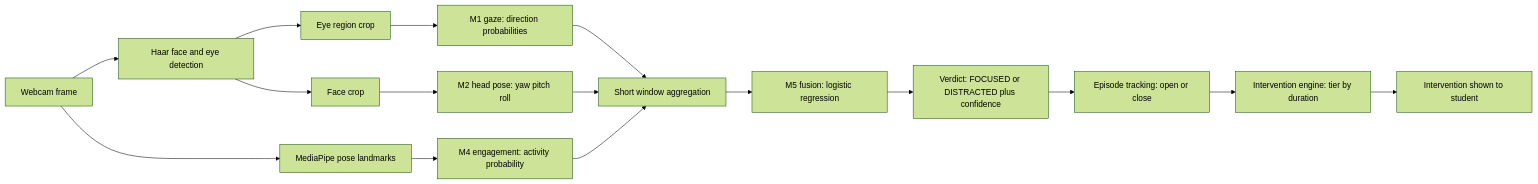
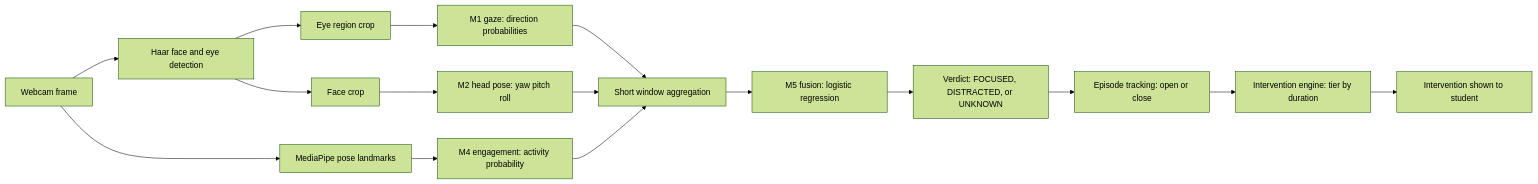
Before and after one commit to kalharanuwan8/FYp: the second of 2 diagrams in SYSTEM.md, drawn with Mermaid (forest theme). The commit also changed other lines of this file and 33 other files, not shown here.

````diff
--- a/SYSTEM.md
+++ b/SYSTEM.md
@@ -127,18 +128,18 @@
 ```mermaid
 flowchart LR
     frame[Webcam frame] --> haar[Haar face and eye detection]
     haar --> eyeCrop[Eye region crop]
     haar --> faceCrop[Face crop]
     frame --> poseLm[MediaPipe pose landmarks]
     eyeCrop --> m1["M1 gaze: direction probabilities"]
     faceCrop --> m2["M2 head pose: yaw pitch roll"]
     poseLm --> m4["M4 engagement: activity probability"]
     m1 --> window[Short window aggregation]
     m2 --> window
     m4 --> window
     window --> m5["M5 fusion: logistic regression"]
-    m5 --> verdict["Verdict: FOCUSED or DISTRACTED plus confidence"]
+    m5 --> verdict["Verdict: FOCUSED, DISTRACTED, or UNKNOWN"]
     verdict --> episode[Episode tracking: open or close]
     episode --> engineNode[Intervention engine: tier by duration]
     engineNode --> cue[Intervention shown to student]
 ```
````
